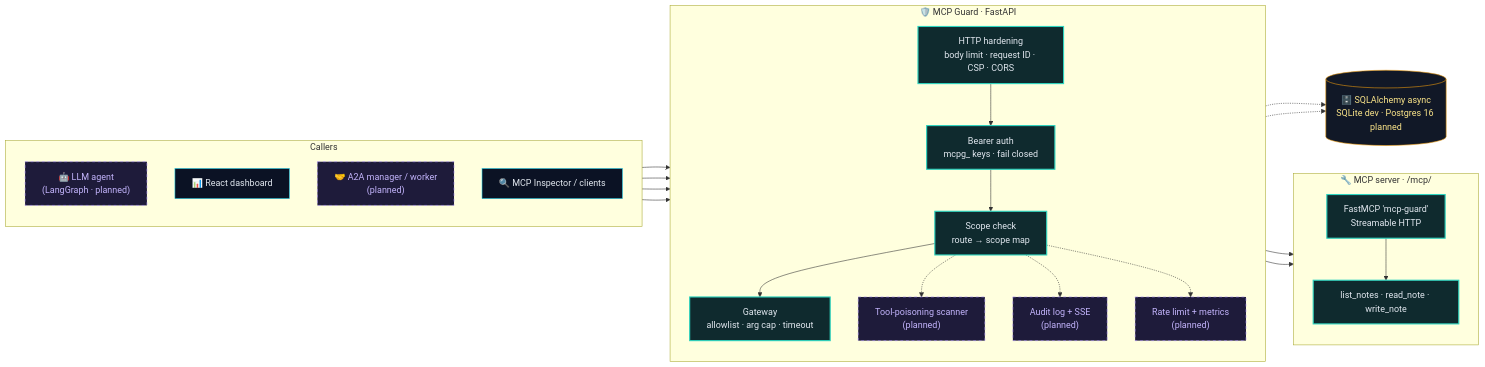
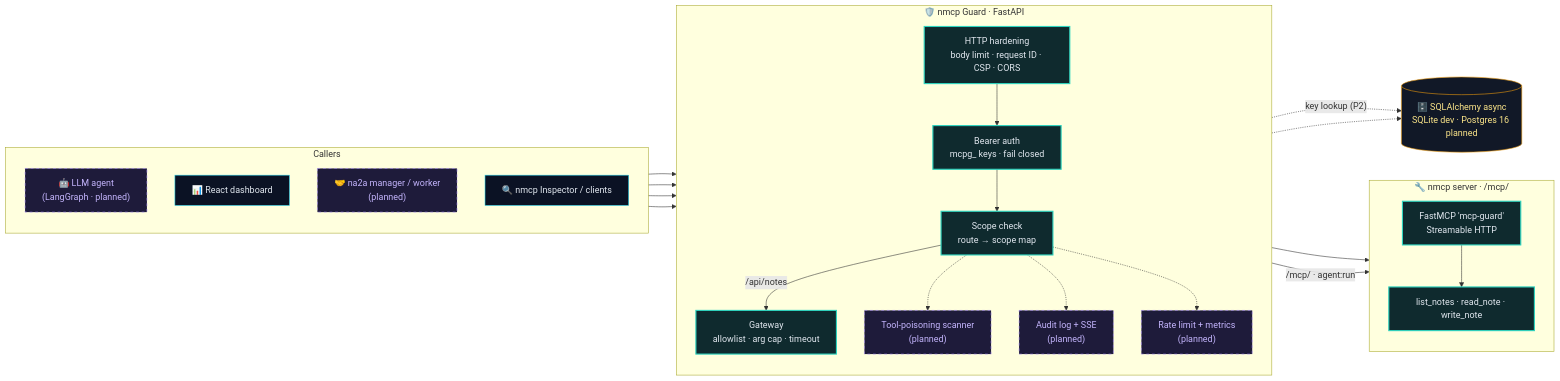
One commit to aneek22112007-tech/mcp-a2a-secure changed the fourth of 4 diagrams in README.md. Above: the diagram before and after it, drawn with Mermaid. The commit also changed other lines of this file, not shown here.

Commit message:
tmp: mermaid probe 4

````diff
--- a/README.md
+++ b/README.md
@@ -160,52 +139,52 @@
 ```mermaid
 flowchart LR
     subgraph CALLERS["Callers"]
         direction TB
-        AG["🤖 LLM agent<br/>(LangGraph · planned)"]
-        UI["📊 React dashboard"]
-        A2A["🤝 A2A manager / worker<br/>(planned)"]
-        INS["🔍 MCP Inspector / clients"]
+        nag["🤖 LLM agent<br/>(LangGraph · planned)"]
+        nui["📊 React dashboard"]
+        na2a["🤝 na2a manager / worker<br/>(planned)"]
+        nins["🔍 nmcp Inspector / clients"]
     end
 
-    subgraph GUARD["🛡️ MCP Guard · FastAPI"]
+    subgraph GUARD["🛡️ nmcp Guard · FastAPI"]
         direction TB
-        MW["HTTP hardening<br/>body limit · request ID · CSP · CORS"]
-        AUTH["Bearer auth<br/>mcpg_ keys · fail closed"]
-        SC["Scope check<br/>route → scope map"]
-        GW["Gateway<br/>allowlist · arg cap · timeout"]
-        SCAN["Tool-poisoning scanner<br/>(planned)"]
-        AUD["Audit log + SSE<br/>(planned)"]
-        RL["Rate limit + metrics<br/>(planned)"]
+        nmw["HTTP hardening<br/>body limit · request ID · CSP · CORS"]
+        nauth["Bearer auth<br/>mcpg_ keys · fail closed"]
+        nsc["Scope check<br/>route → scope map"]
+        ngw["Gateway<br/>allowlist · arg cap · timeout"]
+        nscan["Tool-poisoning scanner<br/>(planned)"]
+        naud["Audit log + SSE<br/>(planned)"]
+        nrl["Rate limit + metrics<br/>(planned)"]
     end
 
-    subgraph TOOLS["🔧 MCP server · /mcp/"]
+    subgraph TOOLS["🔧 nmcp server · /mcp/"]
         direction TB
-        MCP["FastMCP 'mcp-guard'<br/>Streamable HTTP"]
-        T1["list_notes · read_note · write_note"]
+        nmcp["FastMCP 'mcp-guard'<br/>Streamable HTTP"]
+        nt1["list_notes · read_note · write_note"]
     end
 
-    DB[("🗄️ SQLAlchemy async<br/>SQLite dev · Postgres 16 planned")]
+    ndb[("🗄️ SQLAlchemy async<br/>SQLite dev · Postgres 16 planned")]
 
-    AG --> MW
-    UI --> MW
-    A2A --> MW
-    INS --> MW
-    MW --> AUTH --> SC
-    SC --> GW --> MCP
-    SC --> MCP
-    MCP --> T1
-    SC -.-> SCAN
-    SC -.-> AUD
-    SC -.-> RL
-    AUTH -.-> DB
-    AUD -.-> DB
+    nag --> nmw
+    nui --> nmw
+    na2a --> nmw
+    nins --> nmw
+    nmw --> nauth --> nsc
+    nsc -->|"/api/notes"| ngw --> nmcp
+    nsc -->|"/mcp/ · agent:run"| nmcp
+    nmcp --> nt1
+    nsc -.-> nscan
+    nsc -.-> naud
+    nsc -.-> nrl
+    nauth -.->|"key lookup (P2)"| ndb
+    naud -.-> ndb
 
     classDef built fill:#0f2a2e,stroke:#2dd4bf,color:#e2e8f0,stroke-width:2px
     classDef planned fill:#1e1b3a,stroke:#a78bfa,color:#c4b5fd,stroke-dasharray:5 5
     classDef caller fill:#0b1224,stroke:#22d3ee,color:#e2e8f0
     classDef store fill:#111827,stroke:#f59e0b,color:#fde68a
-    class MW,AUTH,SC,GW,MCP,T1 built
-    class SCAN,AUD,RL,AG,A2A planned
-    class UI,INS caller
-    class DB store
+    class nmw,nauth,nsc,ngw,nmcp,nt1 built
+    class nscan,naud,nrl,nag,na2a planned
+    class nui,nins caller
+    class ndb store
 ```
````
